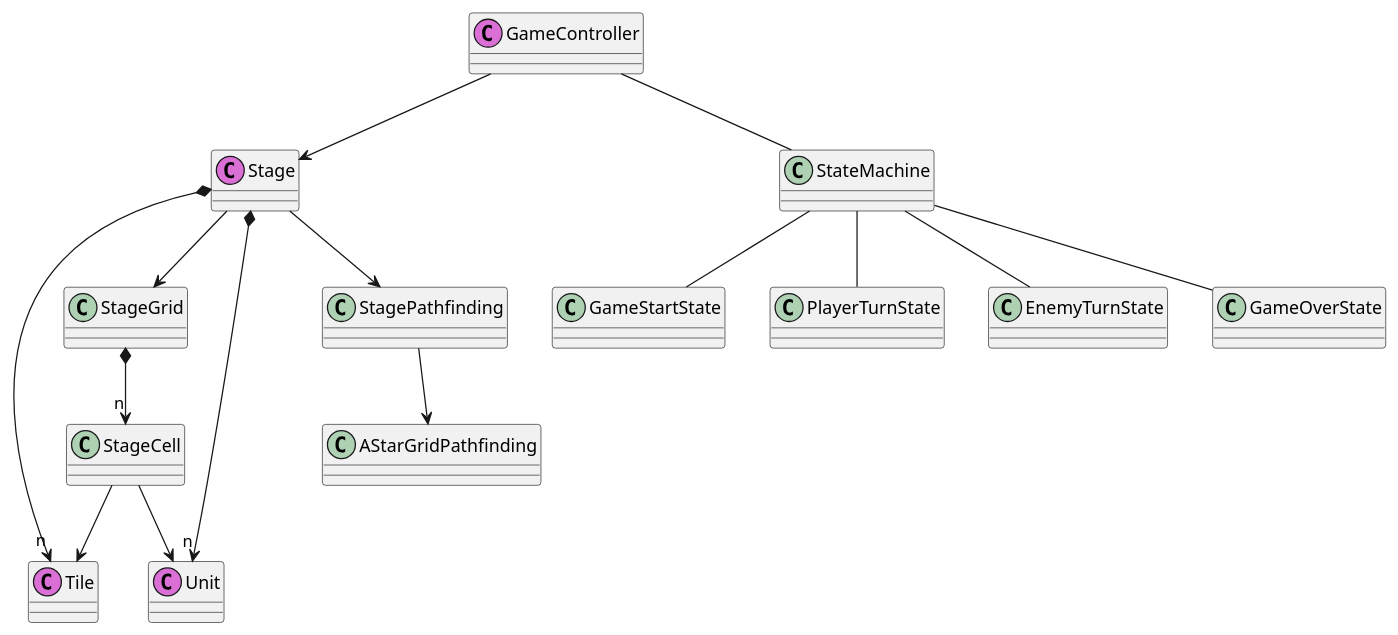
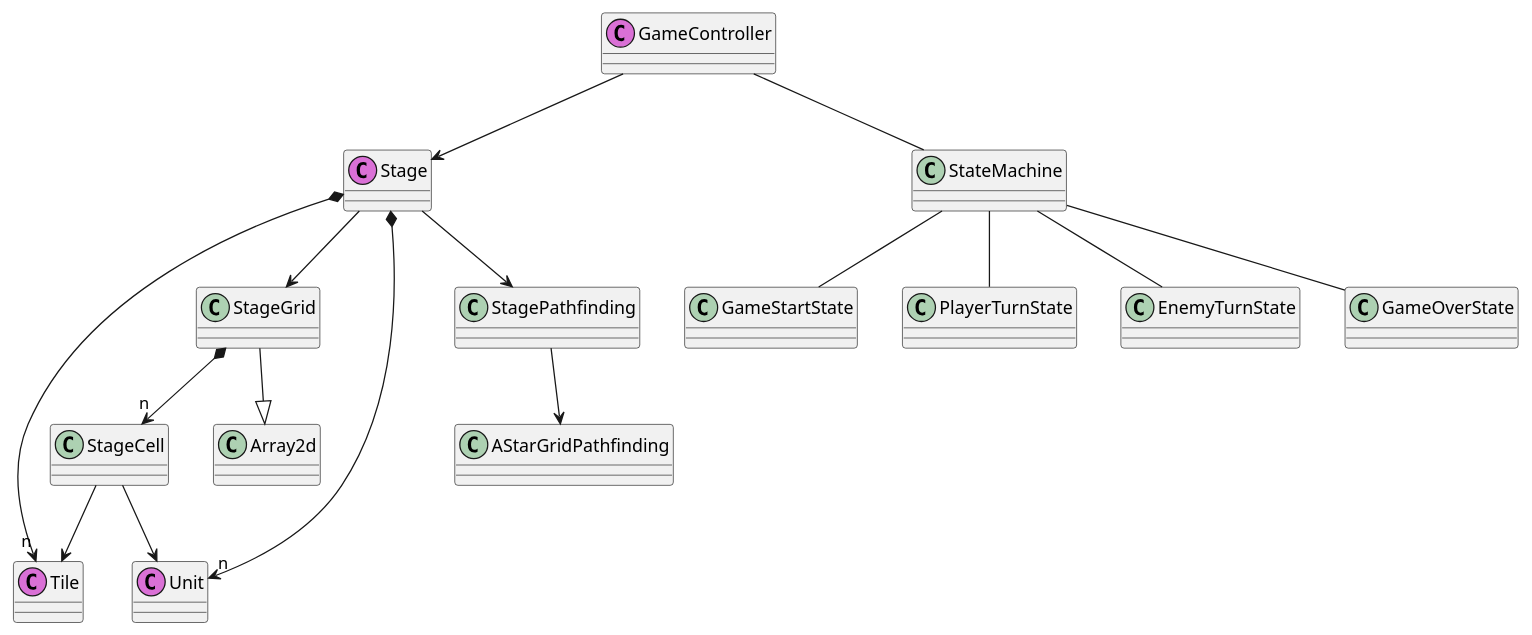
Before and after one commit to tukanpo/cm12-turn-based-game: the diagram in PlantUML/class.pu, drawn with PlantUML. The commit also changed 2 other files, not shown here.

```diff
--- a/PlantUML/class.pu
+++ b/PlantUML/class.pu
@@ -1,23 +1,25 @@
 @startuml class-overview
+skinparam shadowing false
 class GameController << (C,orchid) >>
 class Stage << (C,orchid) >>
 class Tile << (C,orchid) >>
 class Unit << (C,orchid) >>
 GameController -- StateMachine
 'StateMachine *- "n" State
 StateMachine -- GameStartState
 StateMachine -- PlayerTurnState
 StateMachine -- EnemyTurnState
 StateMachine -- GameOverState
 GameController --> Stage
 Stage *--> "n" Unit
 Stage --> StageGrid
+StageGrid --|> Array2d
 Stage *--> "n" Tile
 StageGrid *--> "n" StageCell
 StageCell --> Tile
 StageCell --> Unit
 Stage --> StagePathfinding
 StagePathfinding --> AStarGridPathfinding
 AStarGridPathfinding *--> "n" AStarGridPathfinding.Node
 AStarGridPathfinding.Node --> StageCell
 @enduml
```
